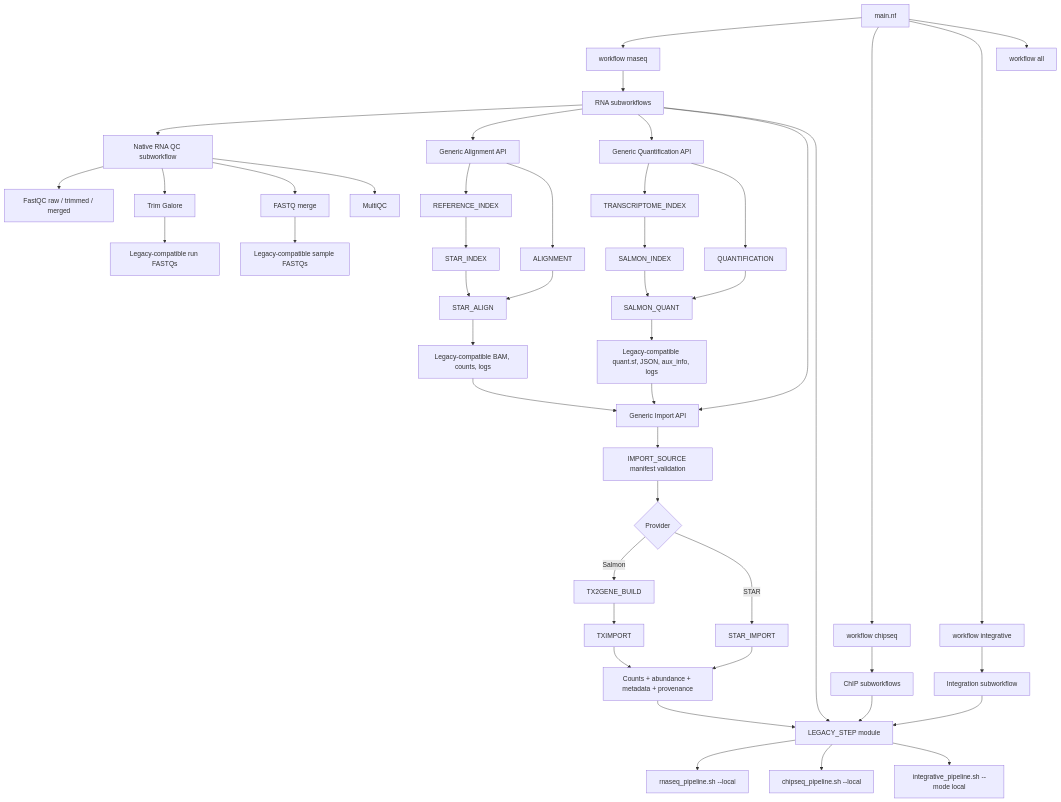
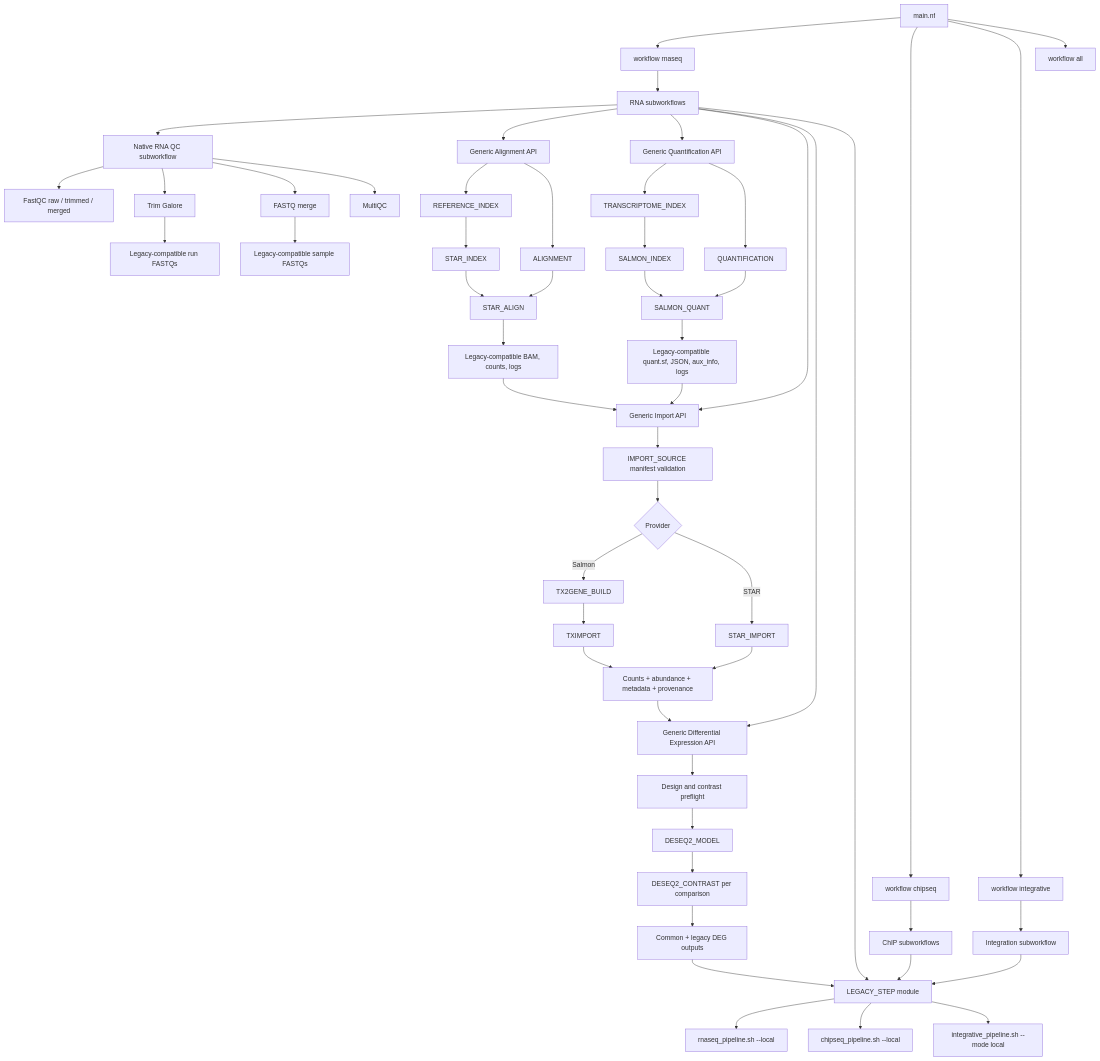
Before and after one commit to GMiguelAlves/HelixForge: the diagram in docs/architecture.md, drawn with Mermaid. The commit also changed other lines of this file and 3 other files, not shown here.

````diff
--- a/docs/architecture.md
+++ b/docs/architecture.md
@@ -3,51 +3,57 @@
 ```mermaid
 flowchart TB
     MAIN["main.nf"] --> RNA["workflow rnaseq"]
     MAIN --> CHIP["workflow chipseq"]
     MAIN --> INT["workflow integrative"]
     MAIN --> ALL["workflow all"]
 
     RNA --> RSW["RNA subworkflows"]
     CHIP --> CSW["ChIP subworkflows"]
     INT --> ISW["Integration subworkflow"]
 
     RSW --> QC["Native RNA QC subworkflow"]
     RSW --> RNAALIGN["Generic Alignment API"]
     RSW --> RNAQUANT["Generic Quantification API"]
     RSW --> RNAIMPORT["Generic Import API"]
+    RSW --> RNADE["Generic Differential Expression API"]
     RSW --> WRAP["LEGACY_STEP module"]
     CSW --> WRAP
     ISW --> WRAP
 
     WRAP --> RB["rnaseq_pipeline.sh --local"]
     WRAP --> CB["chipseq_pipeline.sh --local"]
     WRAP --> IB["integrative_pipeline.sh --mode local"]
     QC --> FASTQC["FastQC raw / trimmed / merged"]
     QC --> TRIM["Trim Galore"]
     QC --> MERGE["FASTQ merge"]
     QC --> MULTIQC["MultiQC"]
     RNAALIGN --> REFINDEX["REFERENCE_INDEX"]
     REFINDEX --> STARINDEX["STAR_INDEX"]
     RNAALIGN --> ALIGN["ALIGNMENT"]
     ALIGN --> STARALIGN["STAR_ALIGN"]
     STARINDEX --> STARALIGN
     STARALIGN --> STAROUT["Legacy-compatible BAM, counts, logs"]
     RNAQUANT --> TRANSCRIPTINDEX["TRANSCRIPTOME_INDEX"]
     TRANSCRIPTINDEX --> SALMONINDEX["SALMON_INDEX"]
     RNAQUANT --> QUANTIFY["QUANTIFICATION"]
     QUANTIFY --> SALMONQUANT["SALMON_QUANT"]
     SALMONINDEX --> SALMONQUANT
     SALMONQUANT --> SALMONOUT["Legacy-compatible quant.sf, JSON, aux_info, logs"]
     STAROUT --> RNAIMPORT
     SALMONOUT --> RNAIMPORT
     RNAIMPORT --> SOURCE["IMPORT_SOURCE manifest validation"]
     SOURCE --> PROVIDER{"Provider"}
     PROVIDER -->|Salmon| TX2GENE["TX2GENE_BUILD"]
     TX2GENE --> TXIMPORT["TXIMPORT"]
     PROVIDER -->|STAR| STARIMPORT["STAR_IMPORT"]
     TXIMPORT --> COMMON["Counts + abundance + metadata + provenance"]
     STARIMPORT --> COMMON
-    COMMON --> WRAP
+    COMMON --> RNADE
+    RNADE --> PREFLIGHT["Design and contrast preflight"]
+    PREFLIGHT --> MODEL["DESEQ2_MODEL"]
+    MODEL --> CONTRAST["DESEQ2_CONTRAST per comparison"]
+    CONTRAST --> DEOUT["Common + legacy DEG outputs"]
+    DEOUT --> WRAP
     TRIM --> TRIMMED["Legacy-compatible run FASTQs"]
     MERGE --> MERGED["Legacy-compatible sample FASTQs"]
 ```
````
